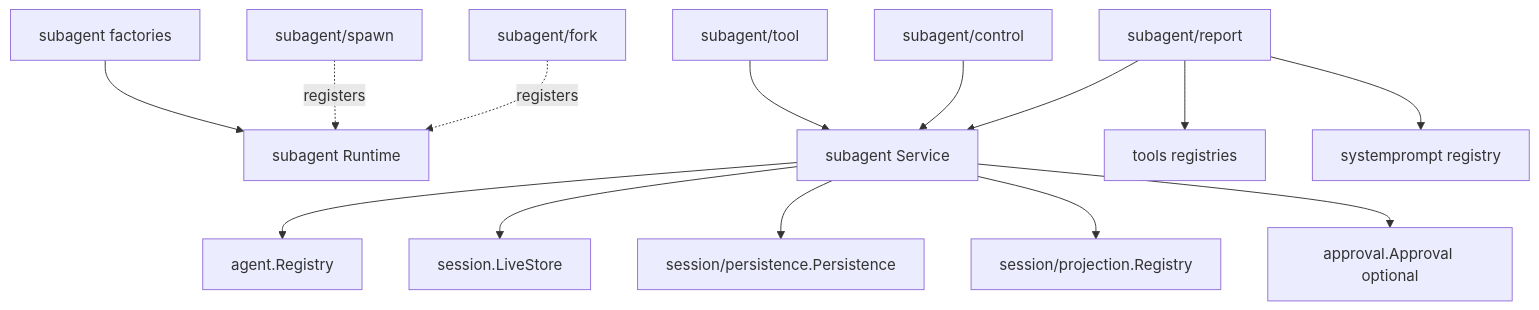
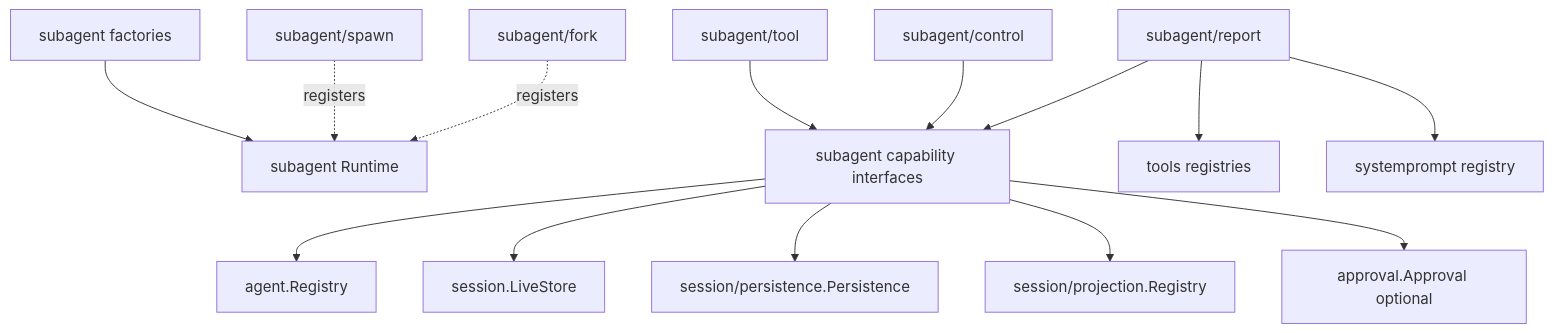
The diagram in zh-CN/subagent/03-go-architecture-and-contracts.md (gorenx/goren), drawn with Mermaid before and after one commit. The commit also changed other lines of this file and 6 other files, not shown here.

````diff
--- a/zh-CN/subagent/03-go-architecture-and-contracts.md
+++ b/zh-CN/subagent/03-go-architecture-and-contracts.md
@@ -32,16 +39,16 @@
 ```mermaid
 flowchart TD
     FACTORY[subagent factories] --> CORE[subagent Runtime]
     SPAWN[subagent/spawn] -. registers .-> CORE
     FORK[subagent/fork] -. registers .-> CORE
-    TOOL[subagent/tool] --> SERVICE[subagent Service]
+    TOOL[subagent/tool] --> SERVICE[subagent capability interfaces]
     CONTROL[subagent/control] --> SERVICE
     REPORT[subagent/report] --> SERVICE
     SERVICE --> AGENT[agent.Registry]
     SERVICE --> LIVE[session.LiveStore]
     SERVICE --> PERSIST[session/persistence.Persistence]
     SERVICE --> PROJ[session/projection.Registry]
     SERVICE --> APPROVAL[approval.Approval optional]
     REPORT --> TOOLS[tools registries]
     REPORT --> PROMPT[systemprompt registry]
 ```
````
